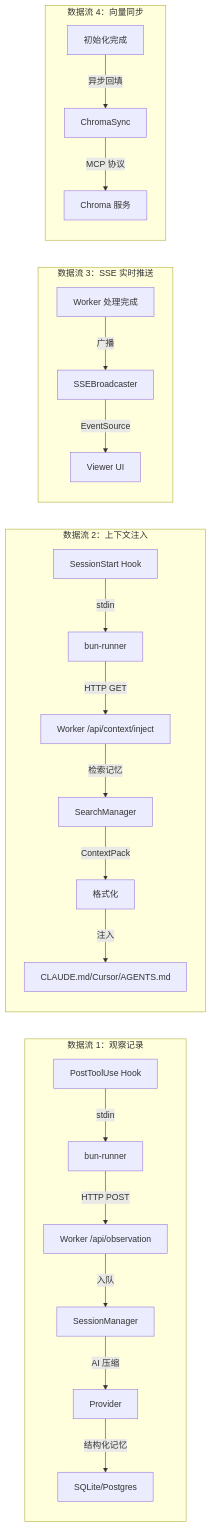
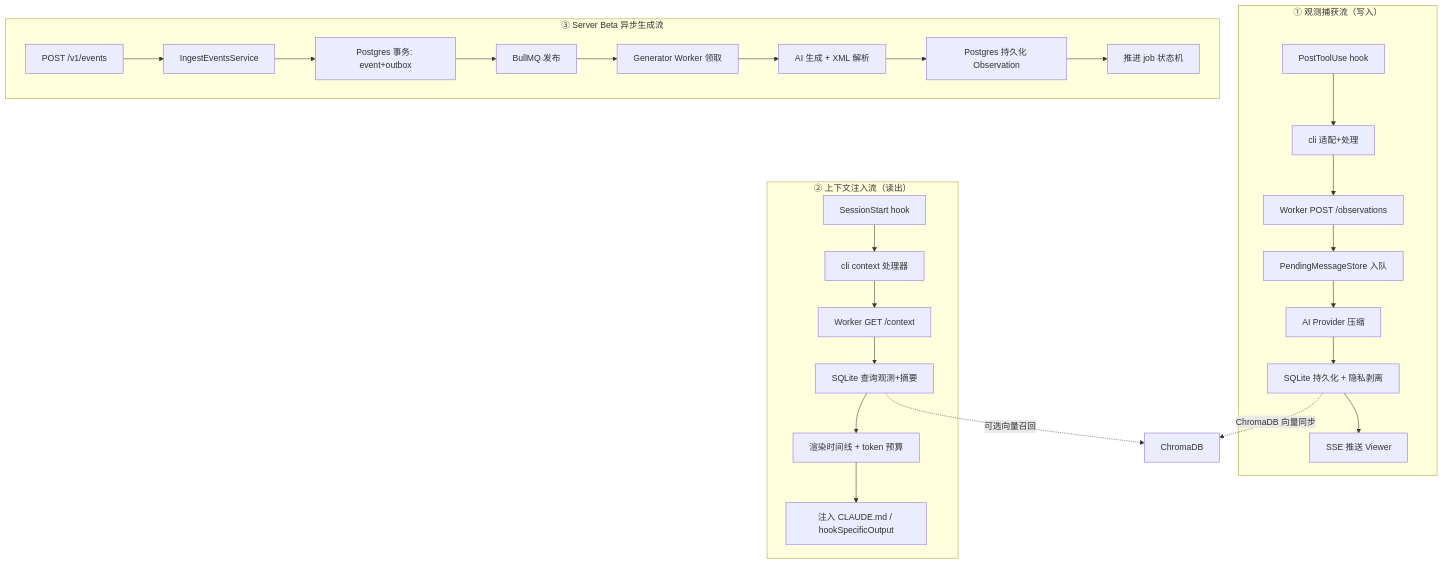
The second of 14 diagrams in doc/B-系统设计文档.md (sharesdoc/claude-mem), drawn with Mermaid before and after one commit. The commit also changed other lines of this file and 22 other files, not shown here.

````diff
--- a/doc/B-系统设计文档.md
+++ b/doc/B-系统设计文档.md
@@ -158,28 +159,32 @@
 ```mermaid
-flowchart LR
-    subgraph DF1["数据流 1：观察记录"]
-        A1["PostToolUse Hook"] -->|stdin| B1["bun-runner"]
-        B1 -->|HTTP POST| C1["Worker /api/observation"]
-        C1 -->|入队| D1["SessionManager"]
-        D1 -->|AI 压缩| E1["Provider"]
-        E1 -->|结构化记忆| F1["SQLite/Postgres"]
+flowchart TB
+    subgraph 写入流["① 观测捕获流（写入）"]
+        W1["PostToolUse hook"] --> W2["cli 适配+处理"]
+        W2 --> W3["Worker POST /observations"]
+        W3 --> W4["PendingMessageStore 入队"]
+        W4 --> W5["AI Provider 压缩"]
+        W5 --> W6["SQLite 持久化 + 隐私剥离"]
+        W6 --> W7["SSE 推送 Viewer"]
     end
 
-    subgraph DF2["数据流 2：上下文注入"]
-        A2["SessionStart Hook"] -->|stdin| B2["bun-runner"]
-        B2 -->|HTTP GET| C2["Worker /api/context/inject"]
-        C2 -->|检索记忆| D2["SearchManager"]
-        D2 -->|ContextPack| E2["格式化"]
-        E2 -->|注入| F2["CLAUDE.md/Cursor/AGENTS.md"]
+    subgraph 读出流["② 上下文注入流（读出）"]
+        R1["SessionStart hook"] --> R2["cli context 处理器"]
+        R2 --> R3["Worker GET /context"]
+        R3 --> R4["SQLite 查询观测+摘要"]
+        R4 --> R5["渲染时间线 + token 预算"]
+        R5 --> R6["注入 CLAUDE.md / hookSpecificOutput"]
     end
 
-    subgraph DF3["数据流 3：SSE 实时推送"]
-        A3["Worker 处理完成"] -->|广播| B3["SSEBroadcaster"]
-        B3 -->|EventSource| C3["Viewer UI"]
+    subgraph 队列流["③ Server Beta 异步生成流"]
+        Q1["POST /v1/events"] --> Q2["IngestEventsService"]
+        Q2 --> Q3["Postgres 事务: event+outbox"]
+        Q3 --> Q4["BullMQ 发布"]
+        Q4 --> Q5["Generator Worker 领取"]
+        Q5 --> Q6["AI 生成 + XML 解析"]
+        Q6 --> Q7["Postgres 持久化 Observation"]
+        Q7 --> Q8["推进 job 状态机"]
     end
 
-    subgraph DF4["数据流 4：向量同步"]
-        A4["初始化完成"] -->|异步回填| B4["ChromaSync"]
-        B4 -->|MCP 协议| C4["Chroma 服务"]
-    end
+    W6 -.->|"ChromaDB 向量同步"| VEC["ChromaDB"]
+    R4 -.->|"可选向量召回"| VEC
 ```
````
